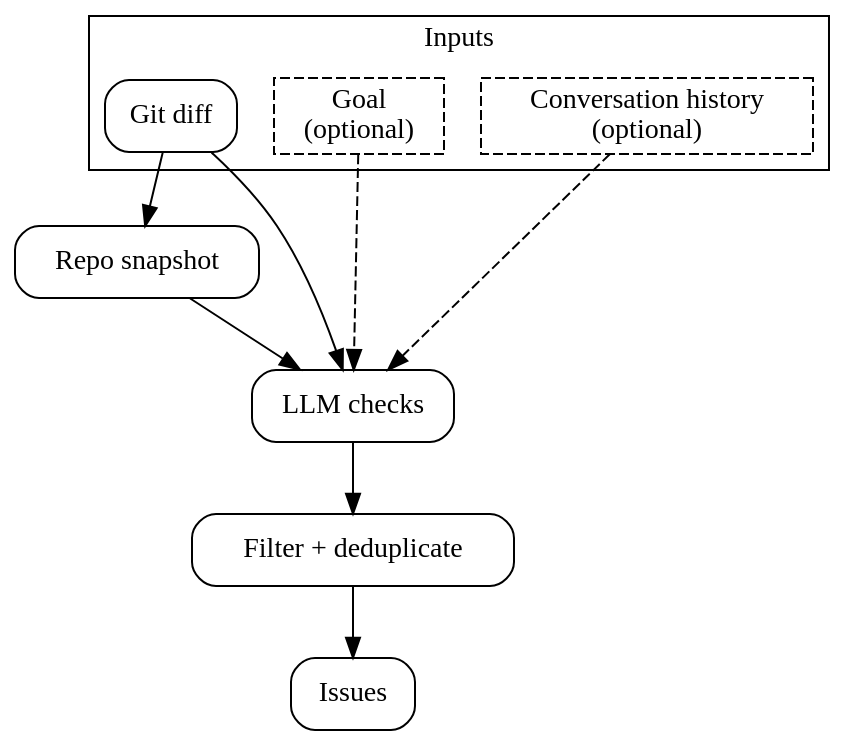
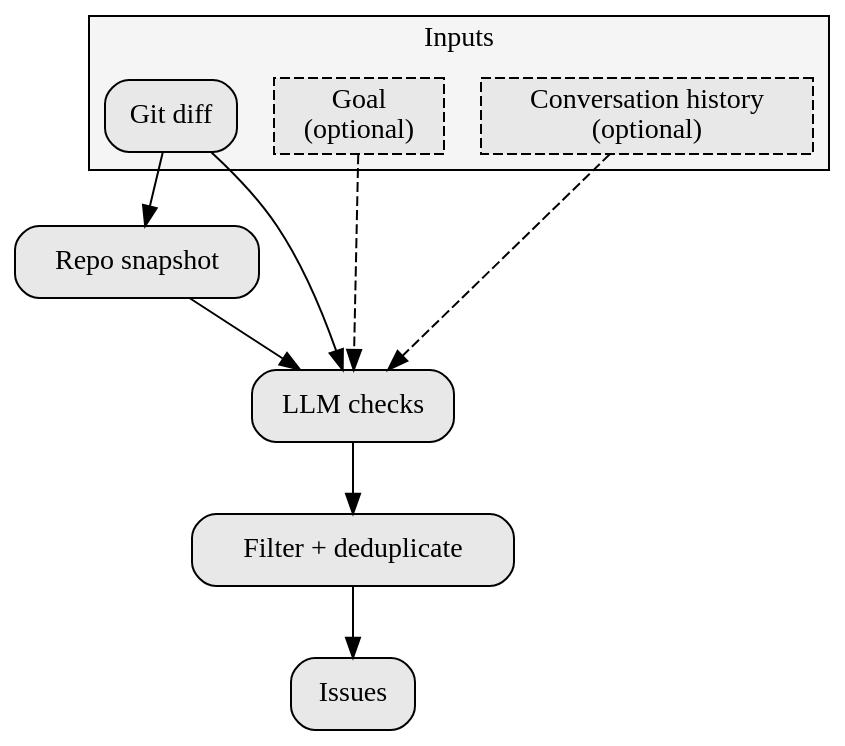
Before and after one commit to imbue-ai/vet: the diagram in architecture.dot, drawn with Graphviz. The commit also changed 1 other file, not shown here.

```diff
--- a/architecture.dot
+++ b/architecture.dot
@@ -1,26 +1,31 @@
 digraph VET_DataFlow {
     rankdir=TB;
     bgcolor="transparent";
-    node [shape=box, style=rounded];
+    node [shape=box, style="filled,rounded", fillcolor="#e8e8e8", fontcolor="black", color="black"];
+    edge [color="black"];
 
     subgraph cluster_inputs {
         label="Inputs";
+        fontcolor="black";
+        color="black";
+        style="filled";
+        fillcolor="#f5f5f5";
         diff [label="Git diff"];
-        goal [label="Goal\n(optional)", style=dashed];
-        history [label="Conversation history\n(optional)", style=dashed];
+        goal [label="Goal\n(optional)", style="filled,dashed", fillcolor="#e8e8e8"];
+        history [label="Conversation history\n(optional)", style="filled,dashed", fillcolor="#e8e8e8"];
     }
 
     context [label="Repo snapshot"];
     checks [label="LLM checks"];
     post [label="Filter + deduplicate"];
     issues [label="Issues"];
 
     diff -> context;
     diff -> checks;
     goal -> checks [style=dashed];
     history -> checks [style=dashed];
     context -> checks;
 
     checks -> post;
     post -> issues;
 }
```
